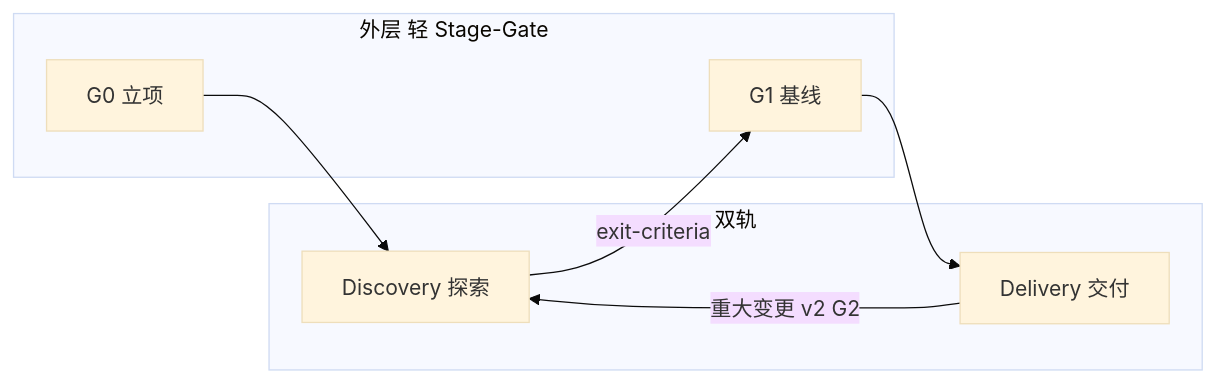
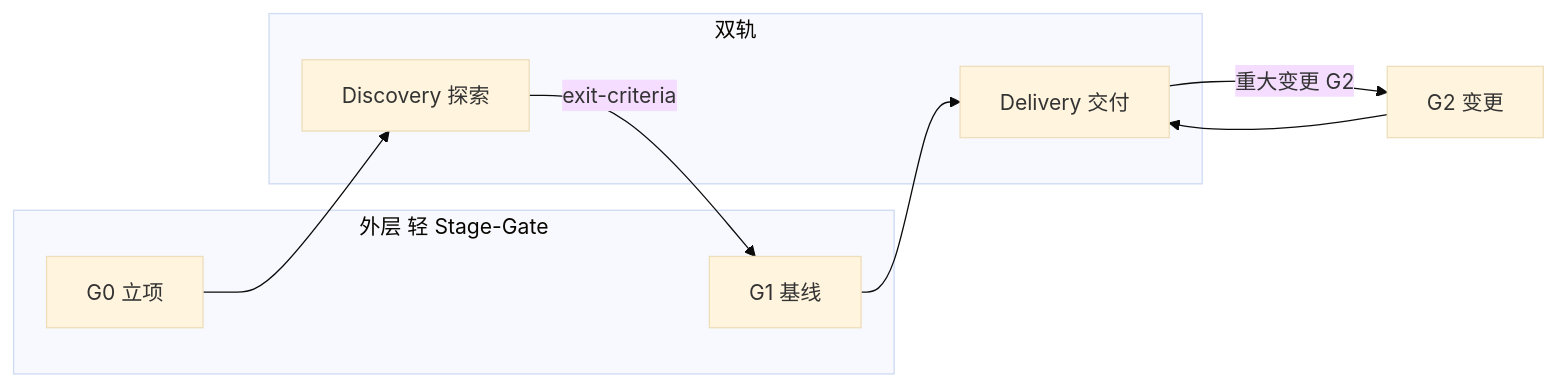
Before and after one commit to AColin130/Tenet: the diagram in tenet/process/OVERVIEW.md, drawn with Mermaid (base theme). The commit also changed other lines of this file and 15 other files, not shown here.

````diff
--- a/tenet/process/OVERVIEW.md
+++ b/tenet/process/OVERVIEW.md
@@ -51,15 +51,16 @@
 ```mermaid
 flowchart LR
   subgraph outer [外层 轻 Stage-Gate]
     G0[G0 立项]
     G1[G1 基线]
   end
   subgraph dual [双轨]
     D[Discovery 探索]
     V[Delivery 交付]
   end
   G0 --> D
   D -->|exit-criteria| G1
   G1 --> V
-  V -->|重大变更 v2 G2| D
+  V -->|重大变更 G2| G2[G2 变更]
+  G2 --> V
 ```
````
